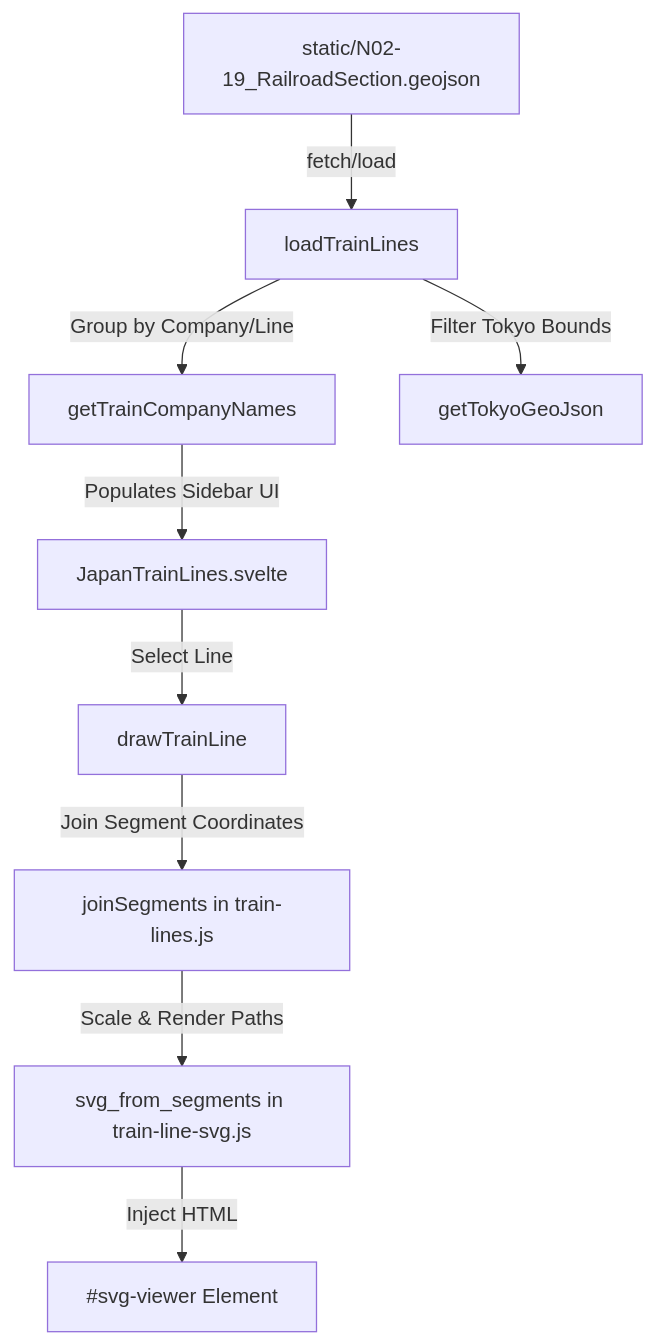
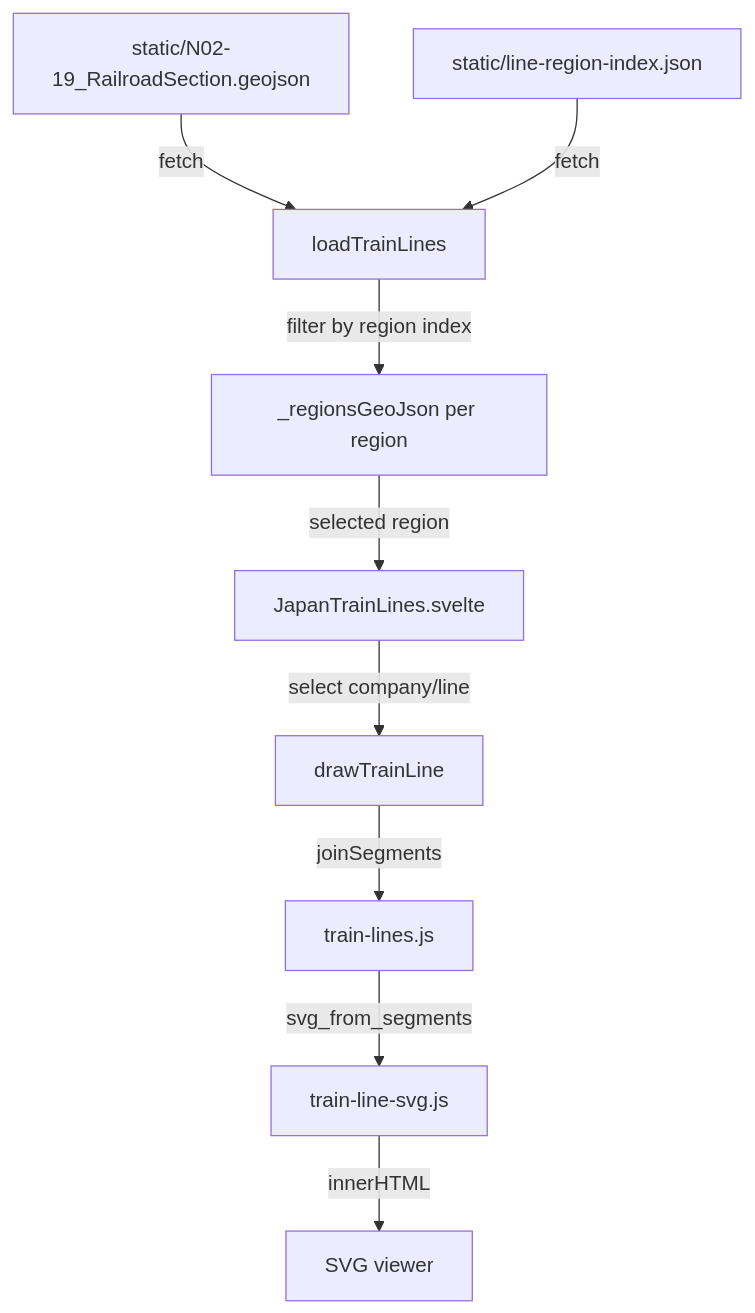
The diagram in AGENTS.md (liquidx/liquidx-japan-train-lines), drawn with Mermaid before and after one commit. The commit also changed other lines of this file and 1 other file, not shown here.

````diff
--- a/AGENTS.md
+++ b/AGENTS.md
@@ -42,11 +87,11 @@
 ```mermaid
 graph TD
-    A[static/N02-19_RailroadSection.geojson] -->|fetch/load| B[loadTrainLines]
-    B -->|Group by Company/Line| C[getTrainCompanyNames]
-    B -->|Filter Tokyo Bounds| D[getTokyoGeoJson]
-    C -->|Populates Sidebar UI| E[JapanTrainLines.svelte]
-    E -->|Select Line| F[drawTrainLine]
-    F -->|Join Segment Coordinates| G[joinSegments in train-lines.js]
-    G -->|Scale & Render Paths| H[svg_from_segments in train-line-svg.js]
-    H -->|Inject HTML| I[#svg-viewer Element]
+    A[static/N02-19_RailroadSection.geojson] -->|fetch| B[loadTrainLines]
+    C[static/line-region-index.json] -->|fetch| B
+    B -->|filter by region index| D[_regionsGeoJson per region]
+    D -->|selected region| E[JapanTrainLines.svelte]
+    E -->|select company/line| F[drawTrainLine]
+    F -->|joinSegments| G[train-lines.js]
+    G -->|svg_from_segments| H[train-line-svg.js]
+    H -->|innerHTML| I[SVG viewer]
 ```
````
